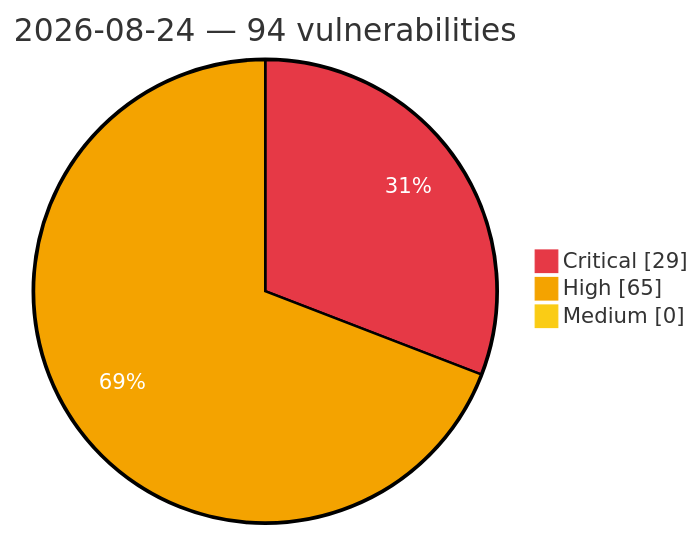
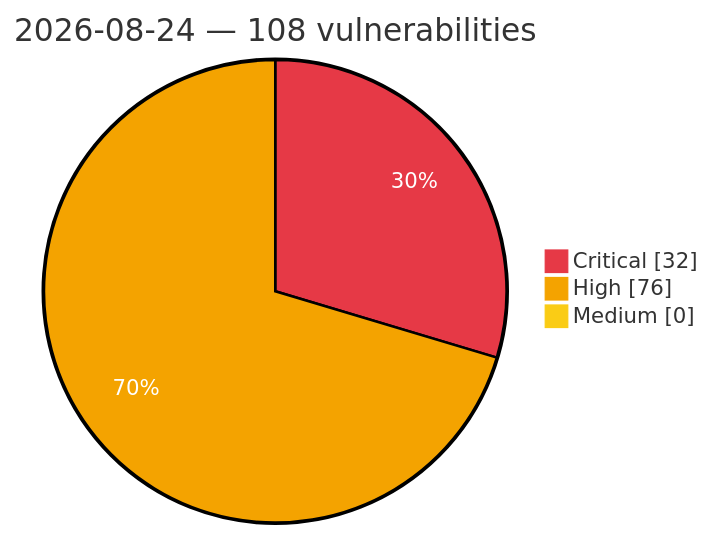
Before and after one commit to GhostX0X/vuln-tracker: the diagram in vulnerabilities/2026/August/2026-08-24.md, drawn with Mermaid. The commit also changed other lines of this file and 5 other files, not shown here.

Commit message:
Auto update: critical/high vulns (2026-08-24 20:27 UTC)

````diff
--- a/vulnerabilities/2026/August/2026-08-24.md
+++ b/vulnerabilities/2026/August/2026-08-24.md
@@ -3,8 +3,8 @@
 ```mermaid
 %%{init: {'theme':'base', 'themeVariables': {'pie1':'#e63946', 'pie2':'#f4a300', 'pie3':'#facc15', 'pieOpacity':'1', 'pieOuterStrokeWidth':'2px', 'pieSectionTextColor':'#ffffff'}}}%%
 pie showData
-    title 2026-08-24 — 94 vulnerabilities
-    "Critical" : 29
-    "High" : 65
+    title 2026-08-24 — 108 vulnerabilities
+    "Critical" : 32
+    "High" : 76
     "Medium" : 0
 ```
````
